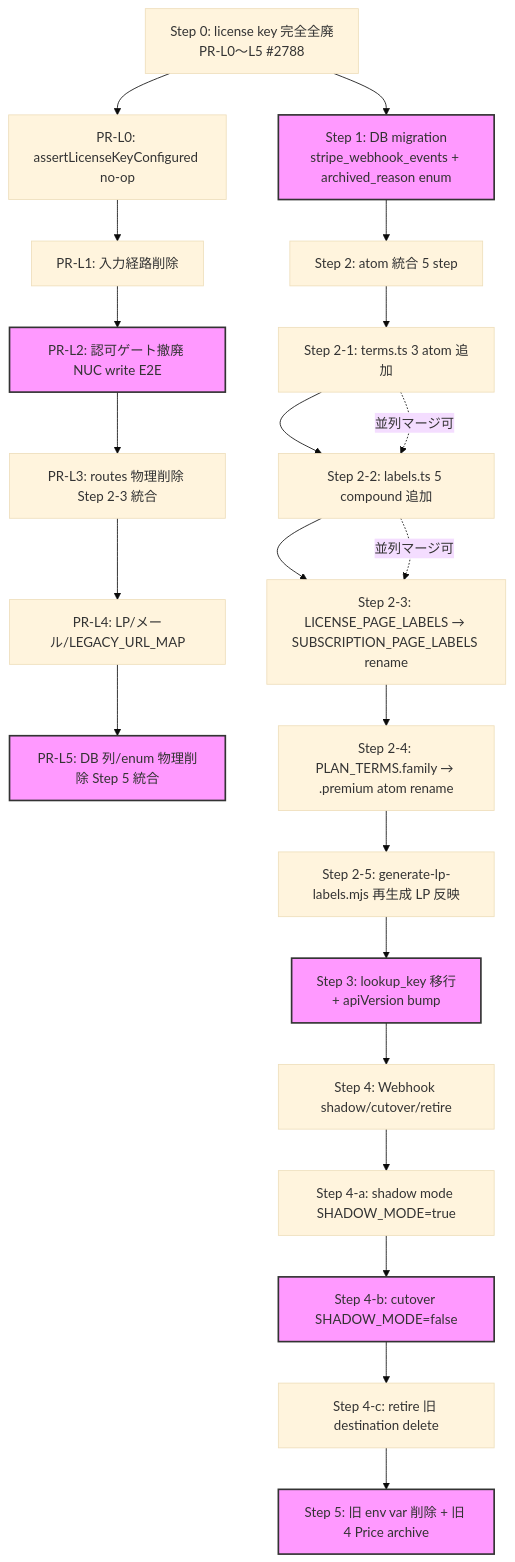
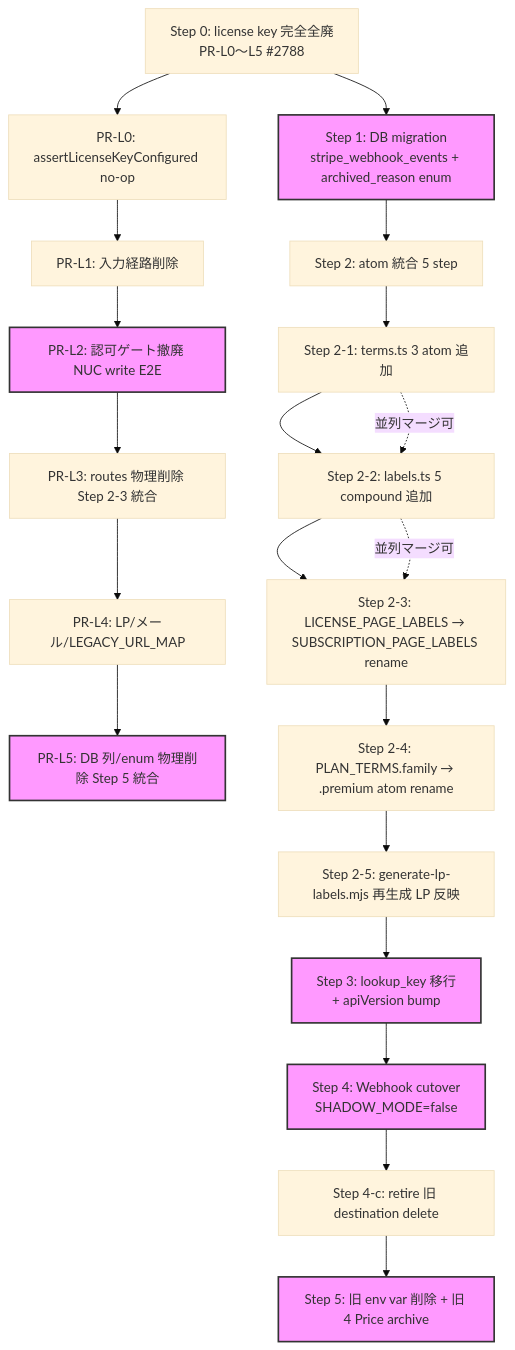
One commit to Takenori-Kusaka/ganbari-quest changed the second of 2 diagrams in docs/design/billing-redesign/phase6-phase7-execution-ssot.md. Above: the diagram before and after it, drawn with Mermaid (base theme). The commit also changed other lines of this file and 2 other files, not shown here.

Commit message:
docs(design): #4291 UI/API 設計書リネーム不整合の是正および shadow-mode 削除に伴う整合性確保
docs自己検証監査レポート（#4291）に基づき、ファミリーからプレミアムへのプラン改称の未反映、および撤回済みWebhook shadow-modeの残存に起因する自己矛盾を解消しました。

## ① プラン改称の未反映の解消 (Issue 3-1)

ADR-0058（FamilyからPremiumへのプランリネーム）の決定および実装コードに合わせ、UIおよびAPI設計書の古い概念的プラン・ティア表記を「ファミリー / Family」から「プレミアム / Premium」に一括置換。
- **06-UI設計書.md**: プラン状態バッジ、PlanStatusCard、PremiumWelcome、および `PLAN_GATE_LABELS`（`premiumOnlyFor` 等）の表記を更新。
- **07-API設計書.md**: AIサジェストエンドポイントやプラン制限エラー構造（`currentTier`/`requiredTier`）のプラン名を `premium` に更新。
- *※注意*: データベース上のデータモデル定義や内部APIペイロード値である `'family-monthly'` リテラル、および後方互換用環境変数 `STRIPE_PRICE_FAMILY_MONTHLY` は、実装コードの実態に準拠するため意図的に変更せず維持。

## ② Webhook shadow-mode 撤回に伴う工程の是正 (Issue 3-3)

- **phase6-phase7-execution-ssot.md**:
  - #4128 で急遽撤去されたはずの `Step 4-a: Webhook shadow mode` がガントチャートやタイムライン・全体フローチャート（Mermaid記述）にアクティブプロセスとして描かれていた自己矛盾を是正。
  - 工程表およびMermaidフローから shadow-mode 関連ステップを安全に削り、直接本番 cutover（Step 4）へ進む現状の真実に工程・チャートを合致させました。

## 🧪 検証

- `npm run pre-ready` -> PASS
- svelte-check -> 0 errors, 0 warnings

````diff
--- a/docs/design/billing-redesign/phase6-phase7-execution-ssot.md
+++ b/docs/design/billing-redesign/phase6-phase7-execution-ssot.md
@@ -314,28 +312,26 @@
 ```mermaid
 flowchart TD
     S0[Step 0: license key 完全全廃<br/>PR-L0〜L5 #2788] --> S1[Step 1: DB migration<br/>stripe_webhook_events + archived_reason enum]
     S0 --> S0a[PR-L0: assertLicenseKeyConfigured no-op]
     S0a --> S0b[PR-L1: 入力経路削除]
     S0b --> S0c[PR-L2: 認可ゲート撤廃 NUC write E2E]
     S0c --> S0d[PR-L3: routes 物理削除 Step 2-3 統合]
     S0d --> S0e[PR-L4: LP/メール/LEGACY_URL_MAP]
     S0e --> S0f[PR-L5: DB 列/enum 物理削除 Step 5 統合]
     S1 --> S2[Step 2: atom 統合 5 step]
     S2 --> S2a[Step 2-1: terms.ts 3 atom 追加]
     S2a --> S2b[Step 2-2: labels.ts 5 compound 追加]
     S2b --> S2c[Step 2-3: LICENSE_PAGE_LABELS → SUBSCRIPTION_PAGE_LABELS rename]
     S2c --> S2d[Step 2-4: PLAN_TERMS.family → .premium atom rename]
     S2d --> S2e[Step 2-5: generate-lp-labels.mjs 再生成 LP 反映]
     S2e --> S3[Step 3: lookup_key 移行<br/>+ apiVersion bump]
-    S3 --> S4[Step 4: Webhook shadow/cutover/retire]
-    S4 --> S4a[Step 4-a: shadow mode SHADOW_MODE=true]
-    S4a --> S4b[Step 4-b: cutover SHADOW_MODE=false]
-    S4b --> S4c[Step 4-c: retire 旧 destination delete]
+    S3 --> S4[Step 4: Webhook cutover<br/>SHADOW_MODE=false]
+    S4 --> S4c[Step 4-c: retire 旧 destination delete]
     S4c --> S5[Step 5: 旧 env var 削除 + 旧 4 Price archive]
 
     S2a -.->|並列マージ可| S2b
     S2b -.->|並列マージ可| S2c
 
     classDef critical fill:#f9f,stroke:#333,stroke-width:2px
-    class S0c,S0f,S1,S3,S4b,S5 critical
+    class S0c,S0f,S1,S3,S4,S5 critical
 ```
````
